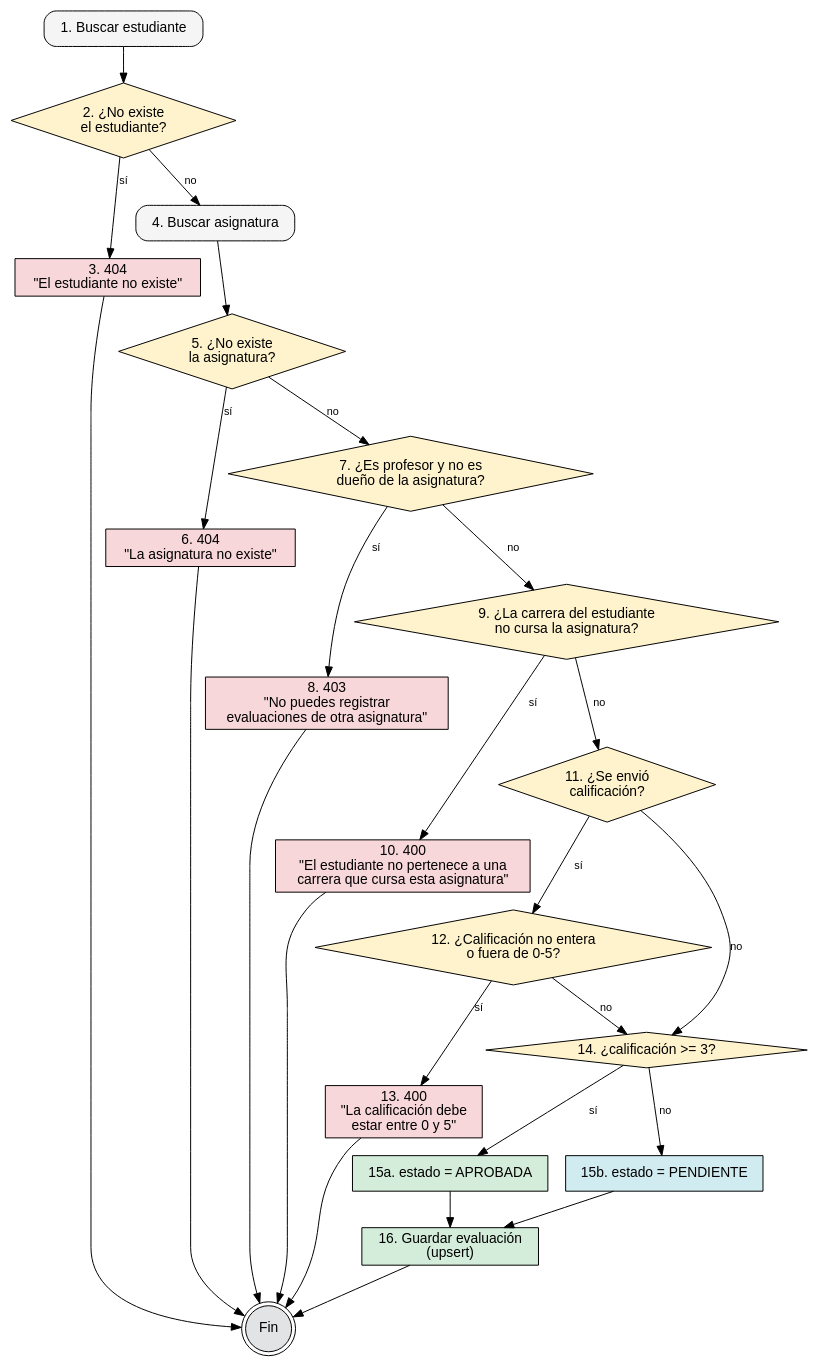
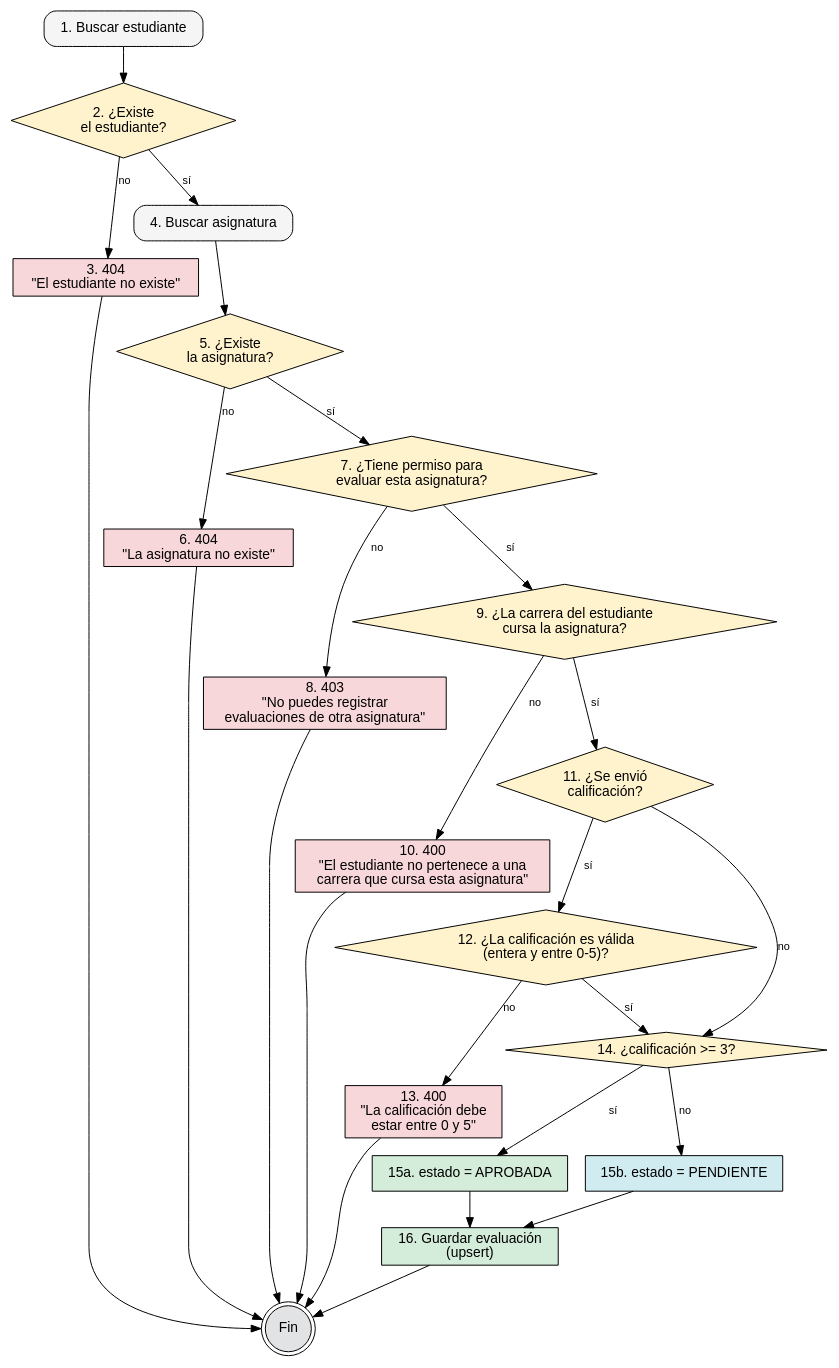
One commit to Angelggp/rendimiento-academico-ucf changed the diagram in docs/diagramas/registrar-evaluacion.dot. Above: the diagram before and after it, drawn with Graphviz. The commit also changed 5 other files, not shown here.

```diff
--- a/docs/diagramas/registrar-evaluacion.dot
+++ b/docs/diagramas/registrar-evaluacion.dot
@@ -1,50 +1,50 @@
 digraph FlujoRegistrar {
   rankdir=TB;
   fontname="Helvetica";
   node [shape=box, style="rounded,filled", fillcolor="#f5f5f5", fontname="Helvetica"];
   edge [fontname="Helvetica", fontsize=11];
 
   N1   [label="1. Buscar estudiante"];
-  N2   [shape=diamond, style=filled, fillcolor="#fff3cd", label="2. ¿No existe\nel estudiante?"];
+  N2   [shape=diamond, style=filled, fillcolor="#fff3cd", label="2. ¿Existe\nel estudiante?"];
   N3   [style=filled, fillcolor="#f8d7da", label="3. 404\n\"El estudiante no existe\""];
   N4   [label="4. Buscar asignatura"];
-  N5   [shape=diamond, style=filled, fillcolor="#fff3cd", label="5. ¿No existe\nla asignatura?"];
+  N5   [shape=diamond, style=filled, fillcolor="#fff3cd", label="5. ¿Existe\nla asignatura?"];
   N6   [style=filled, fillcolor="#f8d7da", label="6. 404\n\"La asignatura no existe\""];
-  N7   [shape=diamond, style=filled, fillcolor="#fff3cd", label="7. ¿Es profesor y no es\ndueño de la asignatura?"];
+  N7   [shape=diamond, style=filled, fillcolor="#fff3cd", label="7. ¿Tiene permiso para\nevaluar esta asignatura?"];
   N8   [style=filled, fillcolor="#f8d7da", label="8. 403\n\"No puedes registrar\nevaluaciones de otra asignatura\""];
-  N9   [shape=diamond, style=filled, fillcolor="#fff3cd", label="9. ¿La carrera del estudiante\nno cursa la asignatura?"];
+  N9   [shape=diamond, style=filled, fillcolor="#fff3cd", label="9. ¿La carrera del estudiante\ncursa la asignatura?"];
   N10  [style=filled, fillcolor="#f8d7da", label="10. 400\n\"El estudiante no pertenece a una\ncarrera que cursa esta asignatura\""];
   N11  [shape=diamond, style=filled, fillcolor="#fff3cd", label="11. ¿Se envió\ncalificación?"];
-  N12  [shape=diamond, style=filled, fillcolor="#fff3cd", label="12. ¿Calificación no entera\no fuera de 0-5?"];
+  N12  [shape=diamond, style=filled, fillcolor="#fff3cd", label="12. ¿La calificación es válida\n(entera y entre 0-5)?"];
   N13  [style=filled, fillcolor="#f8d7da", label="13. 400\n\"La calificación debe\nestar entre 0 y 5\""];
   N14  [shape=diamond, style=filled, fillcolor="#fff3cd", label="14. ¿calificación >= 3?"];
   N15a [style=filled, fillcolor="#d4edda", label="15a. estado = APROBADA"];
   N15b [style=filled, fillcolor="#d1ecf1", label="15b. estado = PENDIENTE"];
   N16  [style=filled, fillcolor="#d4edda", label="16. Guardar evaluación\n(upsert)"];
   Fin  [shape=doublecircle, style=filled, fillcolor="#e2e3e5", label="Fin"];
 
   N1 -> N2;
-  N2 -> N3  [label="sí"];
-  N2 -> N4  [label="no"];
+  N2 -> N3  [label="no"];
+  N2 -> N4  [label="sí"];
   N4 -> N5;
-  N5 -> N6  [label="sí"];
-  N5 -> N7  [label="no"];
-  N7 -> N8  [label="sí"];
-  N7 -> N9  [label="no"];
-  N9 -> N10 [label="sí"];
-  N9 -> N11 [label="no"];
+  N5 -> N6  [label="no"];
+  N5 -> N7  [label="sí"];
+  N7 -> N8  [label="no"];
+  N7 -> N9  [label="sí"];
+  N9 -> N10 [label="no"];
+  N9 -> N11 [label="sí"];
   N11 -> N12 [label="sí"];
   N11 -> N14 [label="no"];
-  N12 -> N13 [label="sí"];
-  N12 -> N14 [label="no"];
+  N12 -> N13 [label="no"];
+  N12 -> N14 [label="sí"];
   N14 -> N15a [label="sí"];
   N14 -> N15b [label="no"];
   N15a -> N16;
   N15b -> N16;
   N16 -> Fin;
   N3 -> Fin;
   N6 -> Fin;
   N8 -> Fin;
   N10 -> Fin;
   N13 -> Fin;
 }
```
